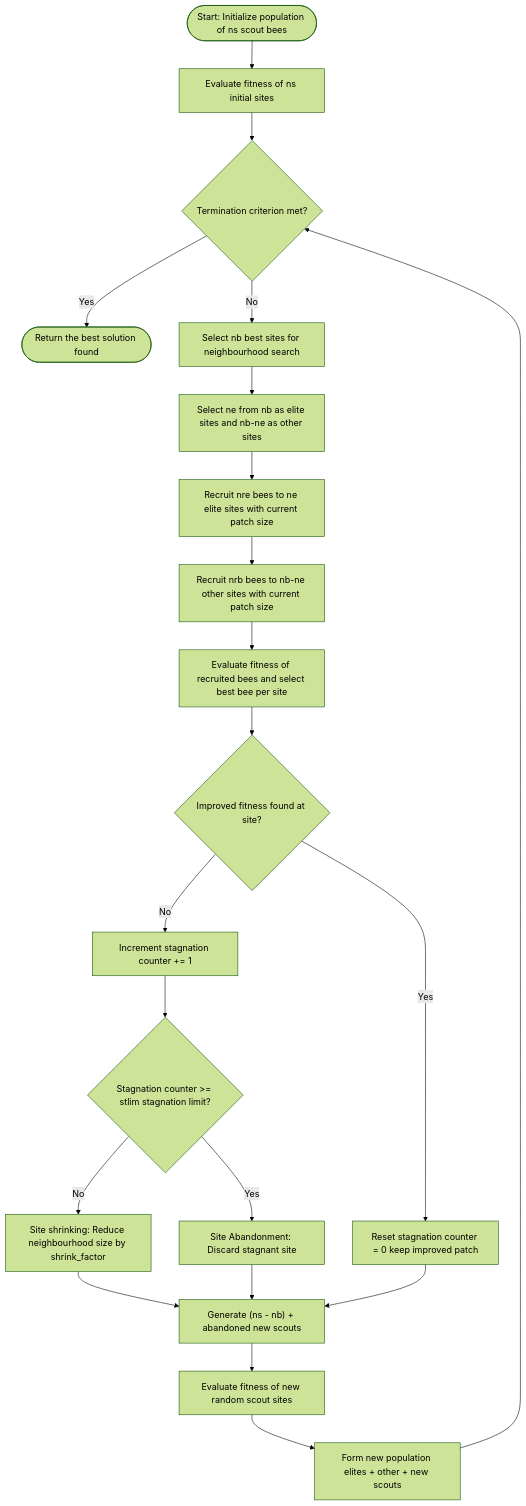
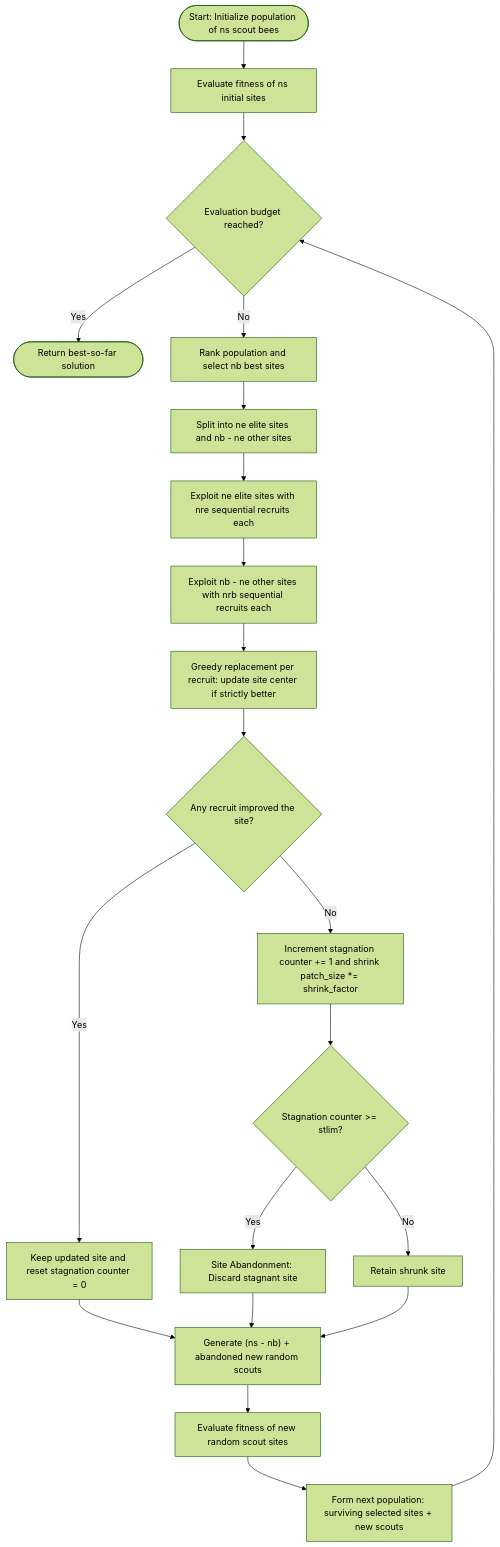
Before and after one commit to Mughil97/acit-4610-final-project-group-7: the diagram in bees_algorithm/README.md, drawn with Mermaid (forest theme). The commit also changed other lines of this file and 1 other file, not shown here.

Commit message:
test(ba): add solver/problem unit tests and align BA README with greedy recruitment

````diff
--- a/bees_algorithm/README.md
+++ b/bees_algorithm/README.md
@@ -9,24 +11,24 @@
 ```mermaid
 flowchart TD
-    A([Start: Initialize population of ns scout bees])
-    A --> B[Evaluate fitness of ns initial sites]
-    B --> C{Termination criterion met?}
-    C -- Yes --> D([Return the best solution found])
-    C -- No --> E[Select nb best sites for neighbourhood search]
-    E --> F[Select ne from nb as elite sites and nb-ne as other sites]
-    F --> G[Recruit nre bees to ne elite sites with current patch size]
-    G --> H[Recruit nrb bees to nb-ne other sites with current patch size]
-    H --> I[Evaluate fitness of recruited bees and select best bee per site]
-    I --> J{Improved fitness found at site?}
-    J -- Yes --> K[Reset stagnation counter = 0 keep improved patch]
-    J -- No --> L[Increment stagnation counter += 1]
-    L --> M{Stagnation counter >= stlim stagnation limit?}
-    M -- Yes --> N[Site Abandonment: Discard stagnant site]
-    M -- No --> O[Site shrinking: Reduce neighbourhood size by shrink_factor]
-    O --> P["Generate (ns - nb) + abandoned new scouts"]
+    A(["Start: Initialize population of ns scout bees"])
+    A --> B["Evaluate fitness of ns initial sites"]
+    B --> C{"Evaluation budget reached?"}
+    C -- Yes --> D(["Return best-so-far solution"])
+    C -- No --> E["Rank population and select nb best sites"]
+    E --> F["Split into ne elite sites and nb - ne other sites"]
+    F --> G["Exploit ne elite sites with nre sequential recruits each"]
+    G --> H["Exploit nb - ne other sites with nrb sequential recruits each"]
+    H --> I["Greedy replacement per recruit: update site center if strictly better"]
+    I --> J{"Any recruit improved the site?"}
+    J -- Yes --> K["Keep updated site and reset stagnation counter = 0"]
+    J -- No --> L["Increment stagnation counter += 1 and shrink patch_size *= shrink_factor"]
+    L --> M{"Stagnation counter >= stlim?"}
+    M -- Yes --> N["Site Abandonment: Discard stagnant site"]
+    M -- No --> O["Retain shrunk site"]
+    K --> P["Generate (ns - nb) + abandoned new random scouts"]
     N --> P
-    K --> P
-    P --> Q[Evaluate fitness of new random scout sites]
-    Q --> R[Form new population elites + other + new scouts]
+    O --> P
+    P --> Q["Evaluate fitness of new random scout sites"]
+    Q --> R["Form next population: surviving selected sites + new scouts"]
     R --> C
 ```
````
